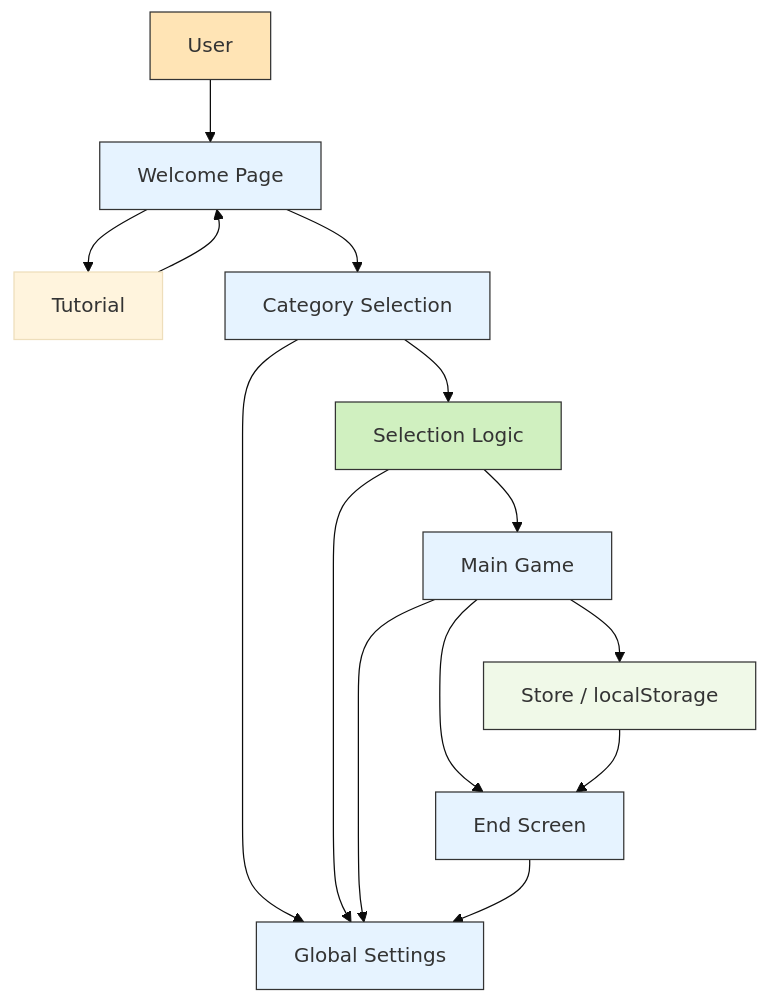
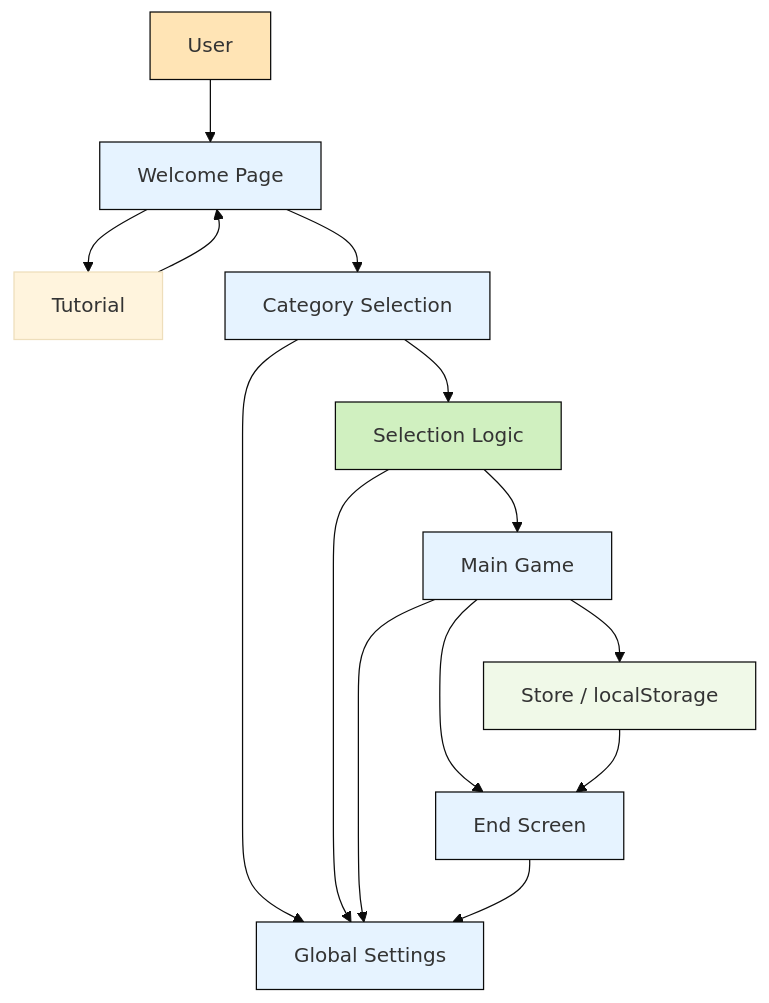
One commit to uu-semp/swedish-learning-app-2025 changed the diagram in team08/README.md. Above: the diagram before and after it, drawn with Mermaid (base theme). The commit also changed other lines of this file and 15 other files, not shown here.

Commit message:
updating readme file- fixed screenshots, updated color in architecture

````diff
--- a/team08/README.md
+++ b/team08/README.md
@@ -67,25 +67,25 @@
 ```mermaid
 graph TD
     A[User] --> B[Welcome Page]
     B --> I[Tutorial] 
     I --> B
     B --> C[Category Selection]
     C --> D[Selection Logic]
     D --> E[Main Game]
     E --> F[Store / localStorage]
     E --> G[End Screen]
     C --> H[Global Settings]
     D --> H
     E --> H
     G --> H
     F --> G
 
-    style A fill:#ffe4b5,stroke:#333
-    style B fill:#e6f3ff,stroke:#333
-    style C fill:#e6f3ff,stroke:#333
-    style E fill:#e6f3ff,stroke:#333
-    style G fill:#e6f3ff,stroke:#333
-    style H fill:#e6f3ff,stroke:#333
-    style D fill:#d0f0c0,stroke:#333
-    style F fill:#f0f9e8,stroke:#333
+    style A fill:#ffe4b5,stroke:#0a0a0a
+    style B fill:#e6f3ff,stroke:#0a0a0a
+    style C fill:#e6f3ff,stroke:#0a0a0a
+    style E fill:#e6f3ff,stroke:#0a0a0a
+    style G fill:#e6f3ff,stroke:#0a0a0a
+    style H fill:#e6f3ff,stroke:#0a0a0a
+    style D fill:#d0f0c0,stroke:#0a0a0a
+    style F fill:#f0f9e8,stroke:#0a0a0a
 ```
````
